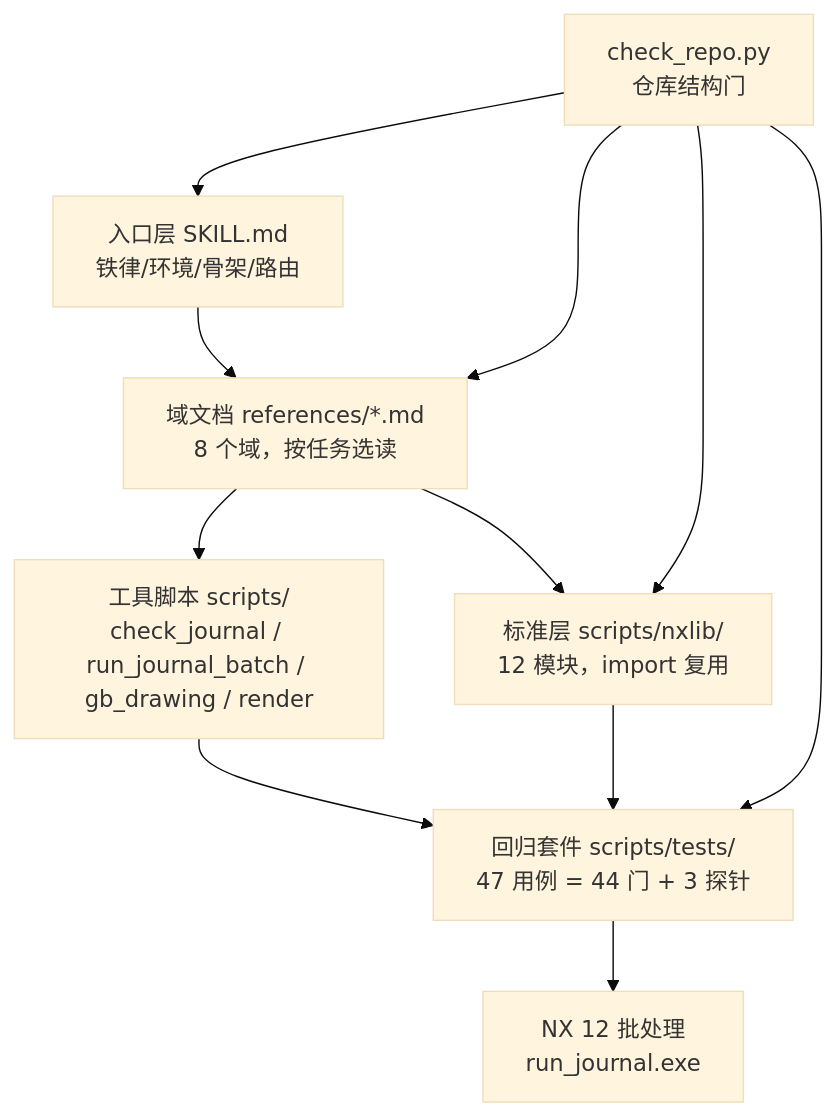
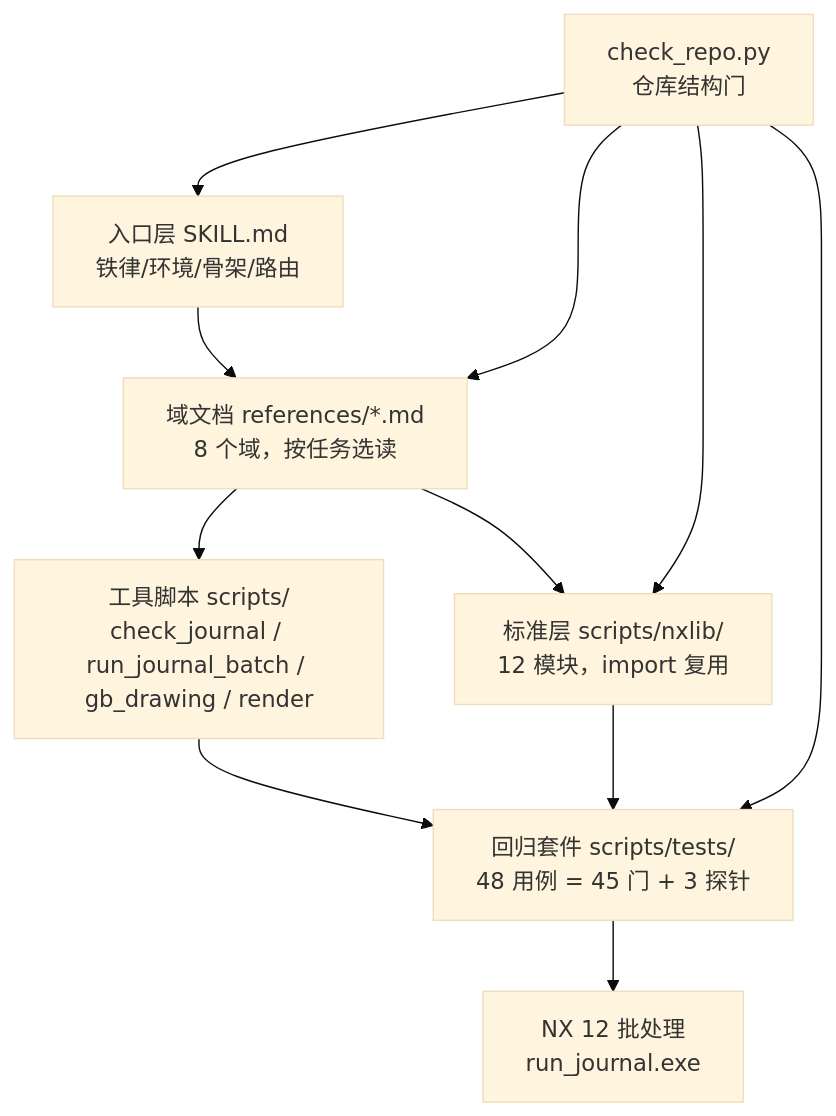
One commit to EVOL233awa/nxopen-journal changed the diagram in docs/wiki/01-architecture.md. Above: the diagram before and after it, drawn with Mermaid (base theme). The commit also changed other lines of this file and 22 other files, not shown here.

````diff
--- a/docs/wiki/01-architecture.md
+++ b/docs/wiki/01-architecture.md
@@ -9,13 +9,13 @@
 ```mermaid
 graph TD
   A["入口层 SKILL.md<br>铁律/环境/骨架/路由"] --> B["域文档 references/*.md<br>8 个域，按任务选读"]
   B --> C["工具脚本 scripts/<br>check_journal / run_journal_batch / gb_drawing / render"]
   B --> D["标准层 scripts/nxlib/<br>12 模块，import 复用"]
-  C --> E["回归套件 scripts/tests/<br>47 用例 = 44 门 + 3 探针"]
+  C --> E["回归套件 scripts/tests/<br>48 用例 = 45 门 + 3 探针"]
   D --> E
   E --> F["NX 12 批处理<br>run_journal.exe"]
   G["check_repo.py<br>仓库结构门"] --> A
   G --> B
   G --> D
   G --> E
 ```
````
